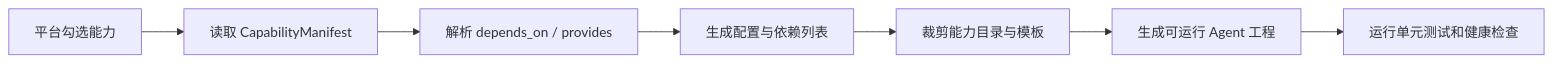
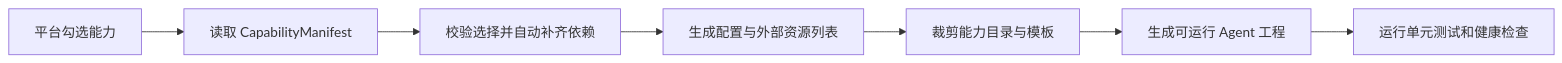
One commit to rnb-tron/openai-agents-harness changed the third of 3 diagrams in README.md. Above: the diagram before and after it, drawn with Mermaid. The commit also changed other lines of this file and 89 other files, not shown here.

````diff
--- a/README.md
+++ b/README.md
@@ -158,9 +176,9 @@
 ```mermaid
 flowchart LR
     A["平台勾选能力"] --> B["读取 CapabilityManifest"]
-    B --> C["解析 depends_on / provides"]
-    C --> D["生成配置与依赖列表"]
+    B --> C["校验选择并自动补齐依赖"]
+    C --> D["生成配置与外部资源列表"]
     D --> E["裁剪能力目录与模板"]
     E --> F["生成可运行 Agent 工程"]
     F --> G["运行单元测试和健康检查"]
 ```
````
